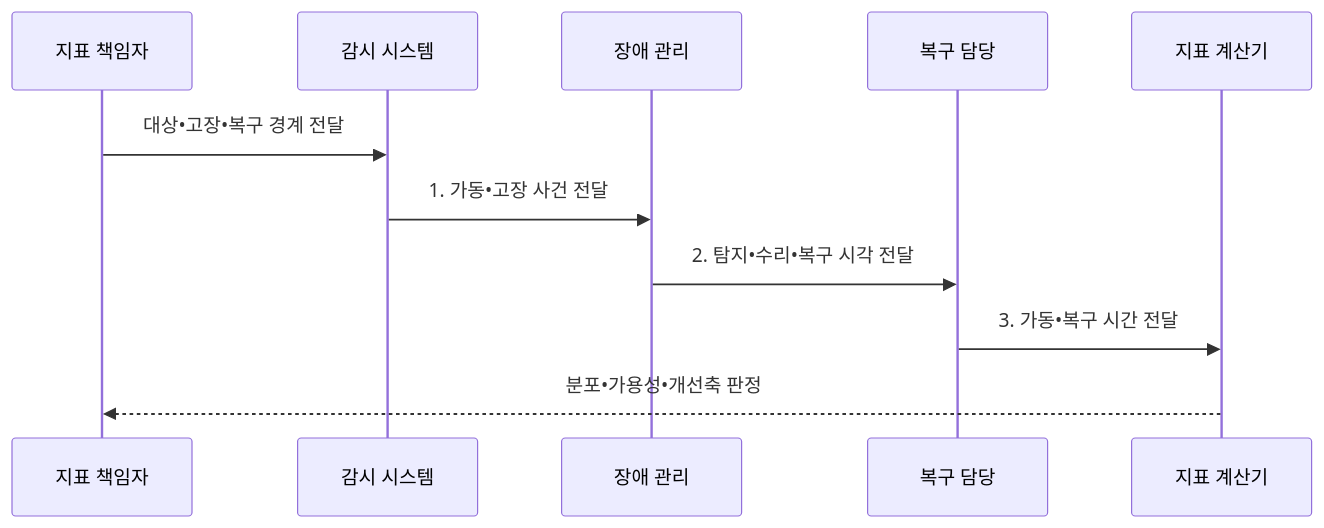
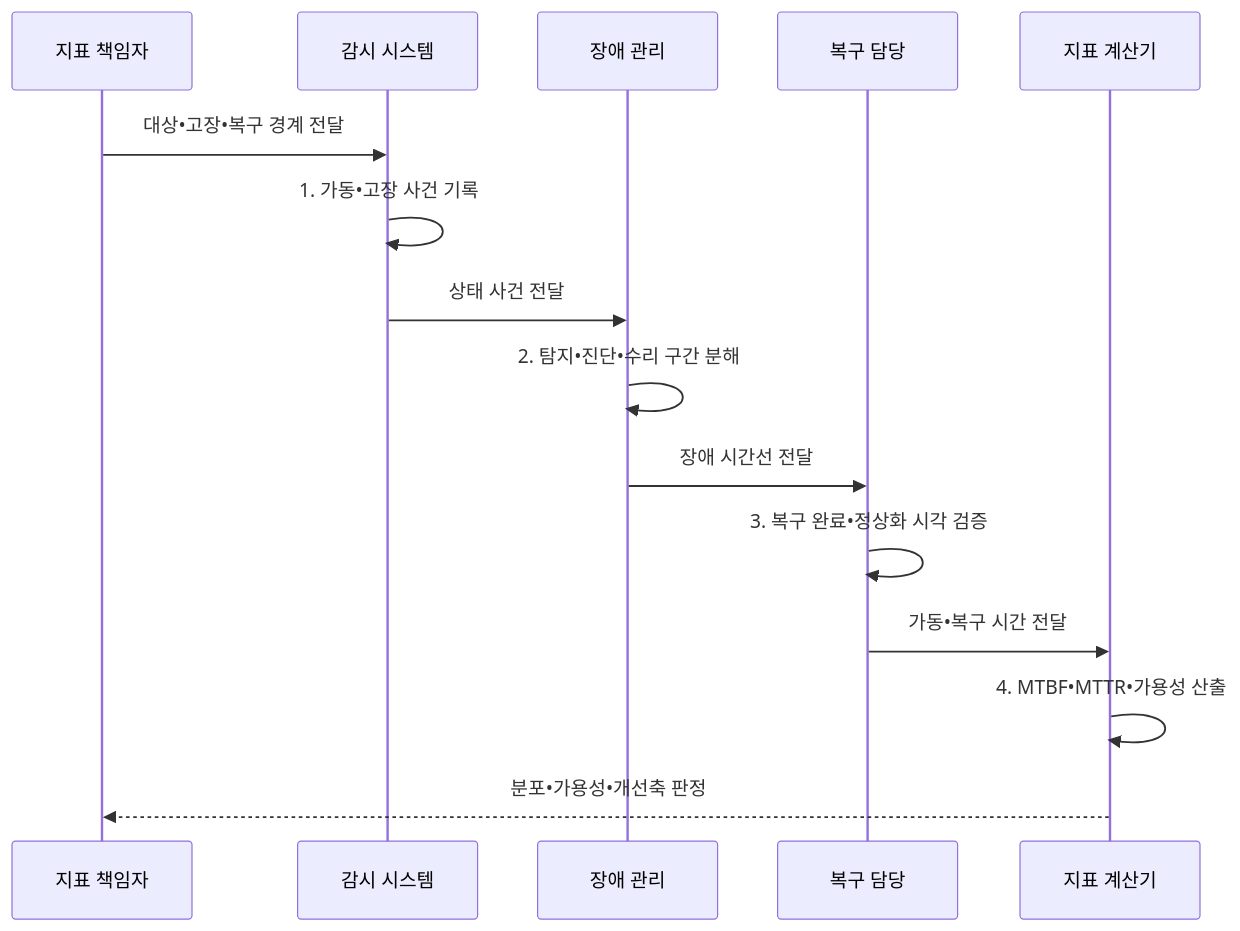
The second of 2 diagrams in src/content/docs/notes/06-evaluation/012_reliability_metrics_mtbf_mttr.md (agnusdei1207/knowledge-base), drawn with Mermaid before and after one commit. The commit also changed other lines of this file and 20 other files, not shown here.

````diff
--- a/src/content/docs/notes/06-evaluation/012_reliability_metrics_mtbf_mttr.md
+++ b/src/content/docs/notes/06-evaluation/012_reliability_metrics_mtbf_mttr.md
@@ -101,13 +101,17 @@
 ```mermaid
 sequenceDiagram
   participant O as 지표 책임자
   participant M as 감시 시스템
   participant I as 장애 관리
   participant R as 복구 담당
   participant C as 지표 계산기
   O->>M: 대상•고장•복구 경계 전달
-  M->>I: 1. 가동•고장 사건 전달
-  I->>R: 2. 탐지•수리•복구 시각 전달
-  R->>C: 3. 가동•복구 시간 전달
+  M->>M: 1. 가동•고장 사건 기록
+  M->>I: 상태 사건 전달
+  I->>I: 2. 탐지•진단•수리 구간 분해
+  I->>R: 장애 시간선 전달
+  R->>R: 3. 복구 완료•정상화 시각 검증
+  R->>C: 가동•복구 시간 전달
+  C->>C: 4. MTBF•MTTR•가용성 산출
   C-->>O: 분포•가용성•개선축 판정
 ```
````
